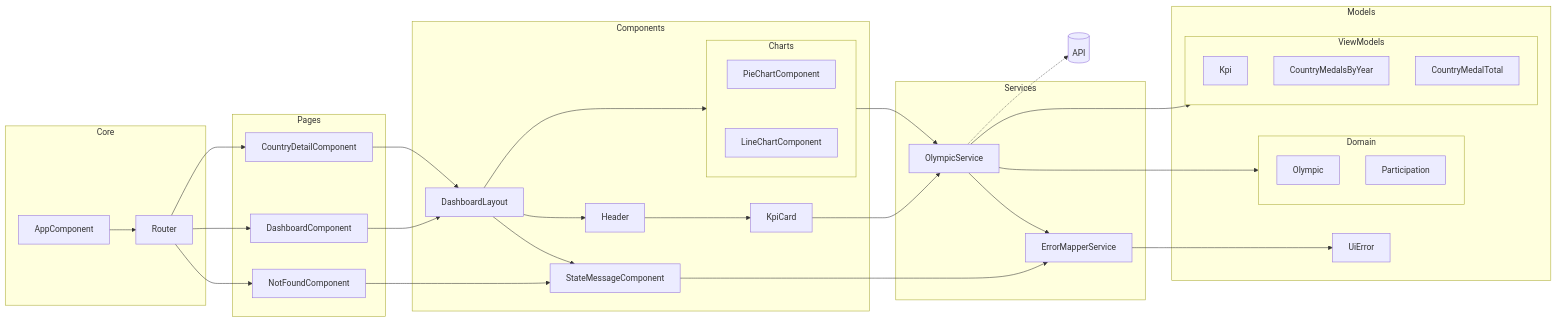
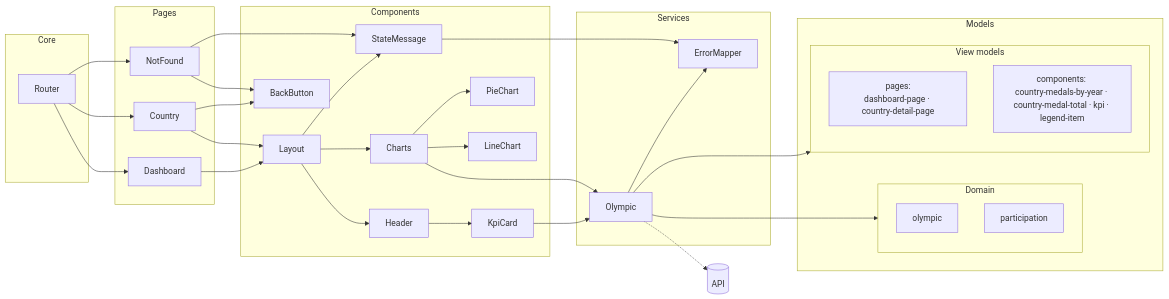
The diagram in docs/architecture.md (YBDmatS/D-finissez-et-d-veloppez-le-front-end-en-utilisant-du-code-Angular-maintenable), drawn with Mermaid before and after one commit. The commit also changed other lines of this file, not shown here.

Commit message:
[DOCS] Step 2.4 – Update project architecture documentation

````diff
--- a/docs/architecture.md
+++ b/docs/architecture.md
@@ -103,75 +129,49 @@
 ```mermaid
 flowchart LR
 
   subgraph Core
-     Router[Router]
-     App[AppComponent]
+    Router
   end
 
   subgraph Pages
-    Dashboard[DashboardComponent]
-    Country[CountryDetailComponent]
-    NotFound[NotFoundComponent]
+    Dashboard
+    Country
+    NotFound
   end
 
+  Router --> Dashboard & Country & NotFound
+
   subgraph Components
-    Layout[DashboardLayout]
-    Header[Header]
-    subgraph Charts[Charts]
-       PieChart[PieChartComponent]
-       LineChart[LineChartComponent]
-    end
-    Kpi[KpiCard]
-    StateMessage[StateMessageComponent]
+    Layout --> Header & Charts & StateMessage
+    Header --> KpiCard
+    Charts --> PieChart & LineChart
+    Country --> BackButton
+    NotFound --> BackButton & StateMessage
   end
 
   subgraph Services
-    Service[OlympicService]
-    ErrorMapper[ErrorMapperService]
+    Olympic --> ErrorMapper
   end
 
   subgraph Models
-	subgraph Domain
-	    Olympic[Olympic]
-	    Participation[Participation]
-	end
-    subgraph ViewModels
-	    KpiModel[Kpi]
-	    CountryMedals[CountryMedalsByYear]
-	    MedalTotal[CountryMedalTotal]
-	end
-	UiError[UiError]
+    subgraph DomainM[Domain]
+      VmOlympic[olympic]
+      VmParticipation[participation]
+    end
+    subgraph ViewModelsM[View models]
+      VmPages[pages:<br>dashboard‑page · country‑detail‑page]
+      VmComponents[components: <br>country‑medals‑by‑year · country‑medal‑total · kpi · legend‑item]
+    end
   end
 
-  Api[(API)]
+  API[(API)]
 
-  App --> Router
-  Router --> Dashboard
-  Router --> Country
-  Router --> NotFound
+  Dashboard & Country --> Layout
+  KpiCard & Charts --> Olympic
+  StateMessage --> ErrorMapper
+  Olympic --> DomainM & ViewModelsM
+  Olympic -.-> API
 
-  Service -.-> Api
-  Service --> Domain
-  Service --> ViewModels
-
-  ErrorMapper --> UiError
-
-  Dashboard --> Layout
-  Country --> Layout
-
-  Layout --> Header
-  Layout --> Charts
-  Header --> Kpi
-
-  NotFound --> StateMessage
-  Layout --> StateMessage
-
-  StateMessage --> ErrorMapper
-  Service --> ErrorMapper
-
-  Kpi --> Service
-  Charts --> Service
-
-  Api ~~~ ViewModels
-  PieChart ~~~ LineChart
+  Services ~~~ Models
+  ErrorMapper ~~~ Models
 ```
````
